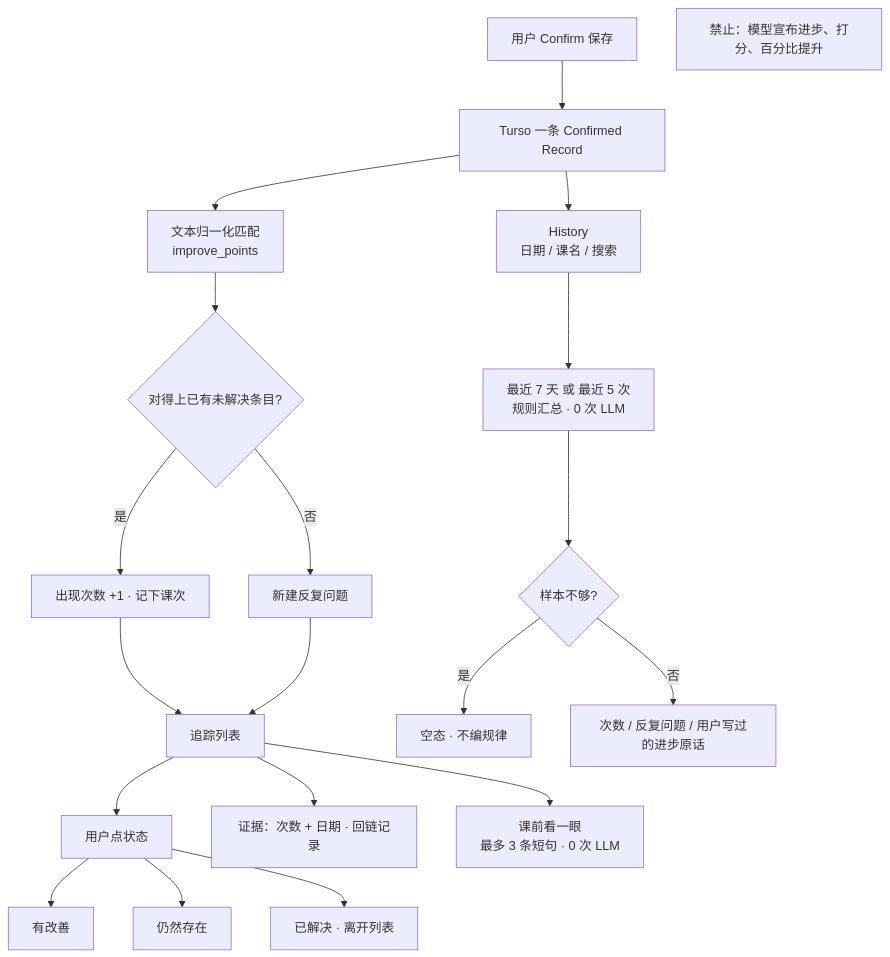
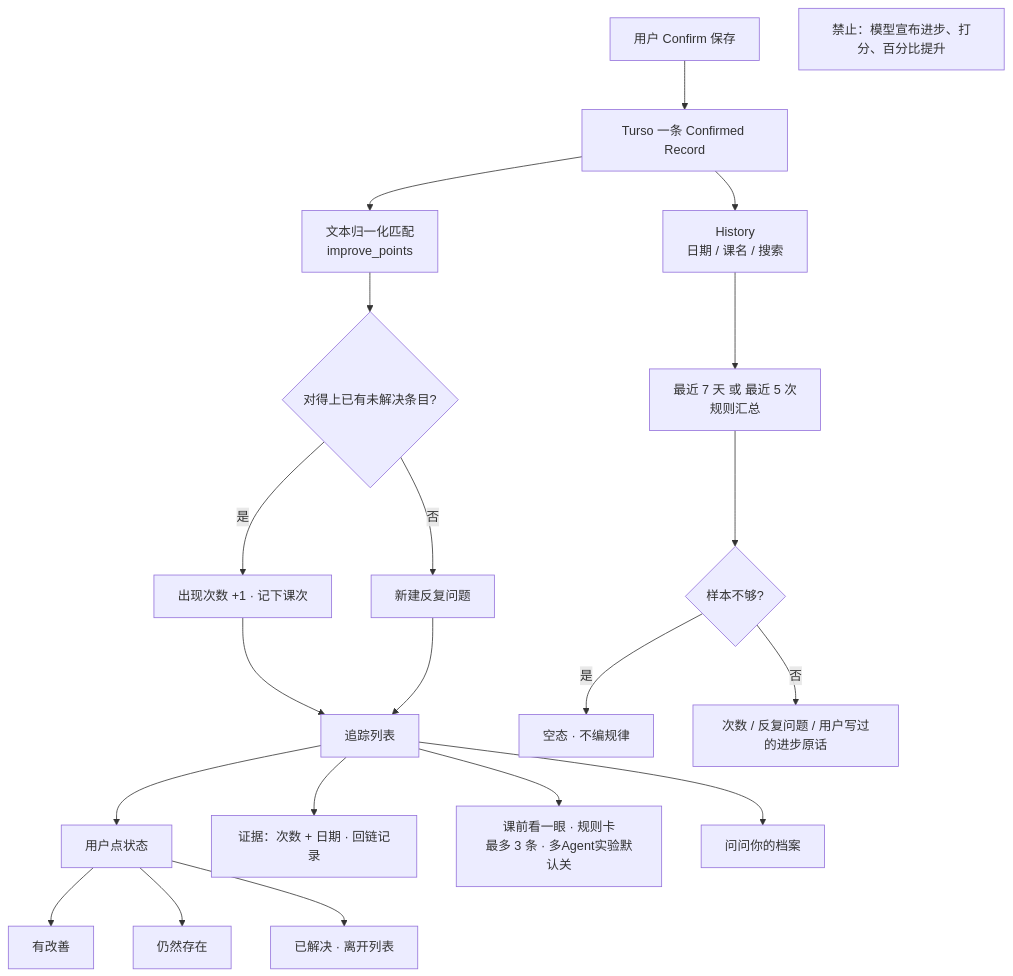
One commit to zuoyingchang/balletmind-app changed the fourth of 6 diagrams in docs/pm_docs/2.0_User_Flow.md. Above: the diagram before and after it, drawn with Mermaid. The commit also changed other lines of this file and 61 other files, not shown here.

First line of the commit message:
Ship hybrid ask retrieval and keep multi-agent brief behind a default-off gate.

````diff
--- a/docs/pm_docs/2.0_User_Flow.md
+++ b/docs/pm_docs/2.0_User_Flow.md
@@ -106,27 +114,28 @@
 ```mermaid
 flowchart TD
   SAVE[用户 Confirm 保存] --> REC[Turso 一条 Confirmed Record]
   REC --> HIST[History<br/>日期 / 课名 / 搜索]
   REC --> MATCH[文本归一化匹配<br/>improve_points]
 
   MATCH --> NEW{对得上已有未解决条目?}
   NEW -->|是| BUMP[出现次数 +1 · 记下课次]
   NEW -->|否| OPEN[新建反复问题]
 
   BUMP --> LIST[追踪列表]
   OPEN --> LIST
   LIST --> ST[用户点状态]
   ST --> ST1[有改善]
   ST --> ST2[仍然存在]
   ST --> ST3[已解决 · 离开列表]
 
   LIST --> EVI[证据：次数 + 日期 · 回链记录]
-  LIST --> BRIEF[课前看一眼<br/>最多 3 条短句 · 0 次 LLM]
-  HIST --> WIN[最近 7 天 或 最近 5 次<br/>规则汇总 · 0 次 LLM]
+  LIST --> BRIEF[课前看一眼 · 规则卡<br/>最多 3 条 · 多Agent实验默认关]
+  LIST --> ASK[问问你的档案]
+  HIST --> WIN[最近 7 天 或 最近 5 次<br/>规则汇总]
 
   WIN --> EMPTY{样本不够?}
   EMPTY -->|是| ES[空态 · 不编规律]
   EMPTY -->|否| SUM[次数 / 反复问题 / 用户写过的进步原话]
 
   NOTE[禁止：模型宣布进步、打分、百分比提升]
 ```
````
